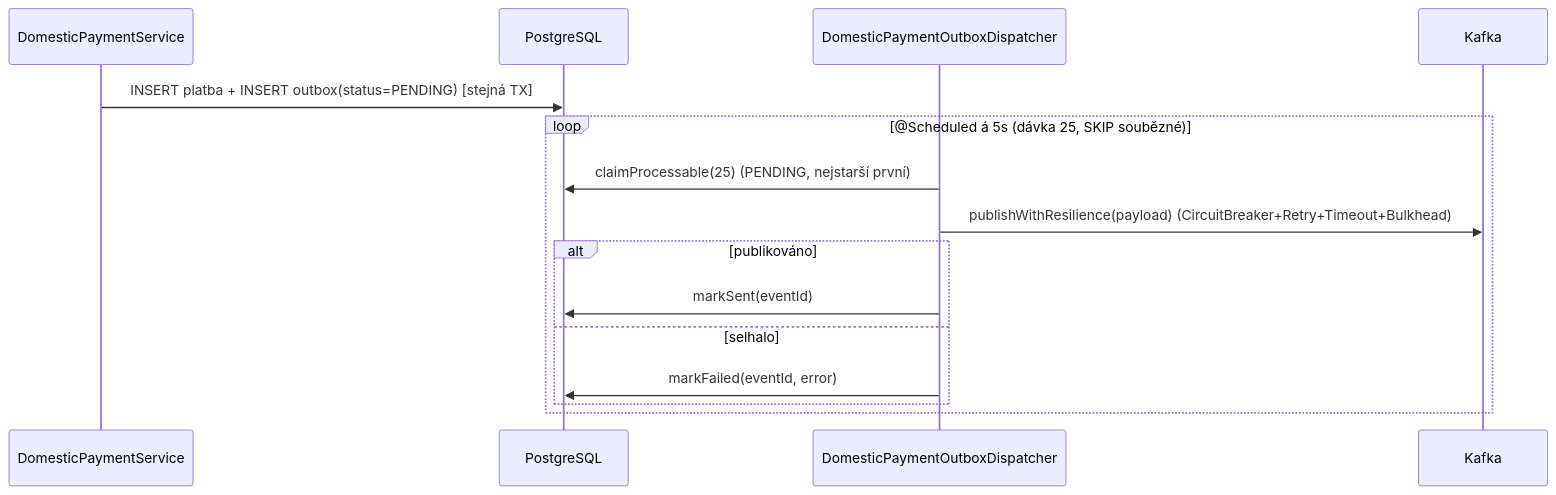
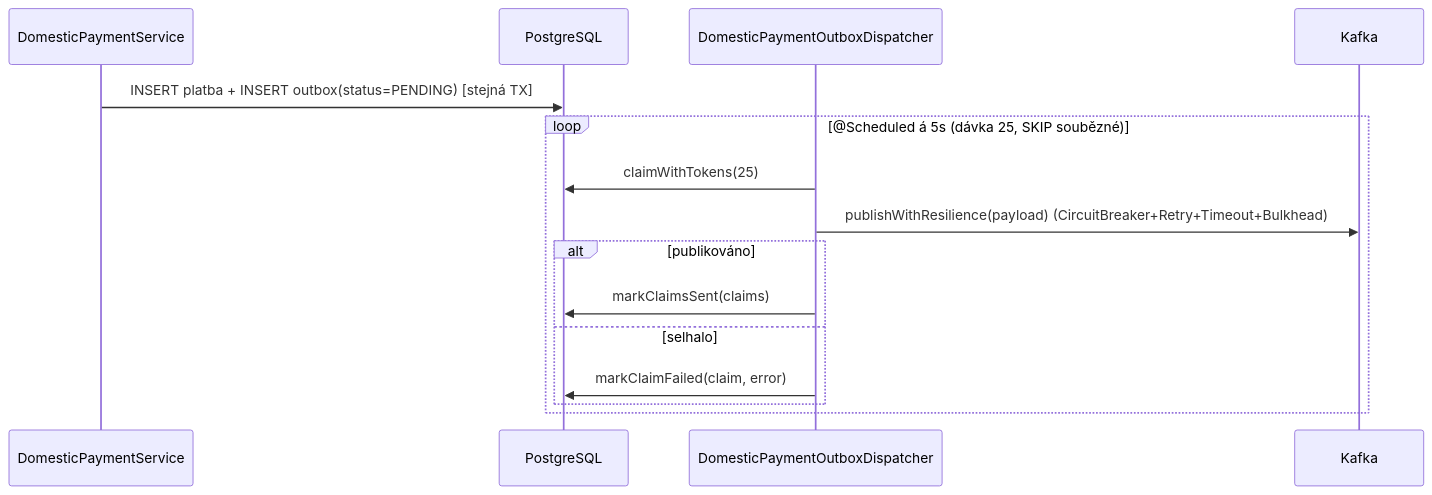
One commit to JiRaska/open-bank-oss changed the fourth of 4 diagrams in openbank-domestic-payment/src/main/resources/docs/02-architecture.cs.md. Above: the diagram before and after it, drawn with Mermaid. The commit also changed other lines of this file and 13 other files, not shown here.

````diff
--- a/openbank-domestic-payment/src/main/resources/docs/02-architecture.cs.md
+++ b/openbank-domestic-payment/src/main/resources/docs/02-architecture.cs.md
@@ -135,18 +135,18 @@
 ```mermaid
 sequenceDiagram
   participant S as DomesticPaymentService
   participant DB as PostgreSQL
   participant D as DomesticPaymentOutboxDispatcher
   participant K as Kafka
 
   S->>DB: INSERT platba + INSERT outbox(status=PENDING) [stejná TX]
   loop @Scheduled á 5s (dávka 25, SKIP soubězné)
-    D->>DB: claimProcessable(25)  (PENDING, nejstarší první)
+    D->>DB: claimWithTokens(25)
     D->>K: publishWithResilience(payload)  (CircuitBreaker+Retry+Timeout+Bulkhead)
     alt publikováno
-      D->>DB: markSent(eventId)
+      D->>DB: markClaimsSent(claims)
     else selhalo
-      D->>DB: markFailed(eventId, error)
+      D->>DB: markClaimFailed(claim, error)
     end
   end
 ```
````
